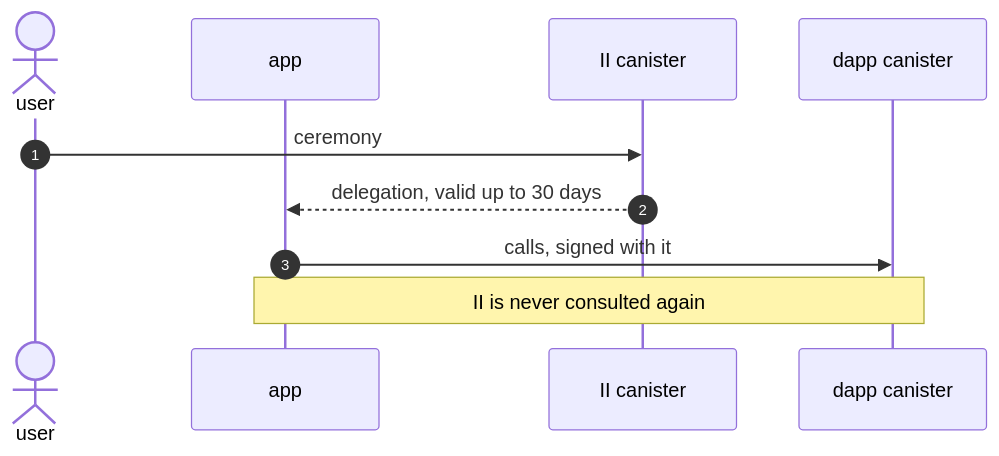
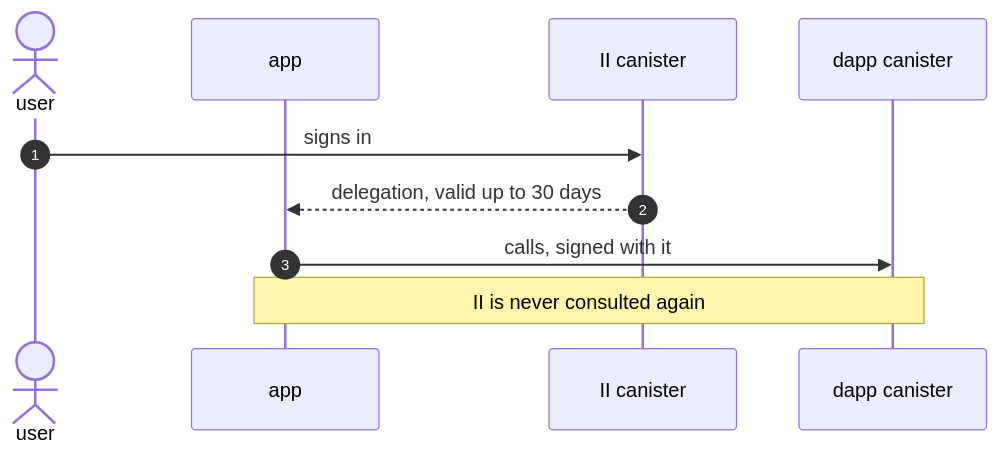
One commit to dfinity/internet-identity changed the diagram in docs/ongoing/revocable-app-sessions.md. Above: the diagram before and after it, drawn with Mermaid. The commit also changed other lines of this file, not shown here.

````diff
--- a/docs/ongoing/revocable-app-sessions.md
+++ b/docs/ongoing/revocable-app-sessions.md
@@ -29,12 +33,12 @@
 ```mermaid
 sequenceDiagram
     autonumber
     actor U as user
     participant A as app
     participant II as II canister
     participant D as dapp canister
-    U->>II: ceremony
+    U->>II: signs in
     II-->>A: delegation, valid up to 30 days
     A->>D: calls, signed with it
     Note over A,D: II is never consulted again
 ```
````
